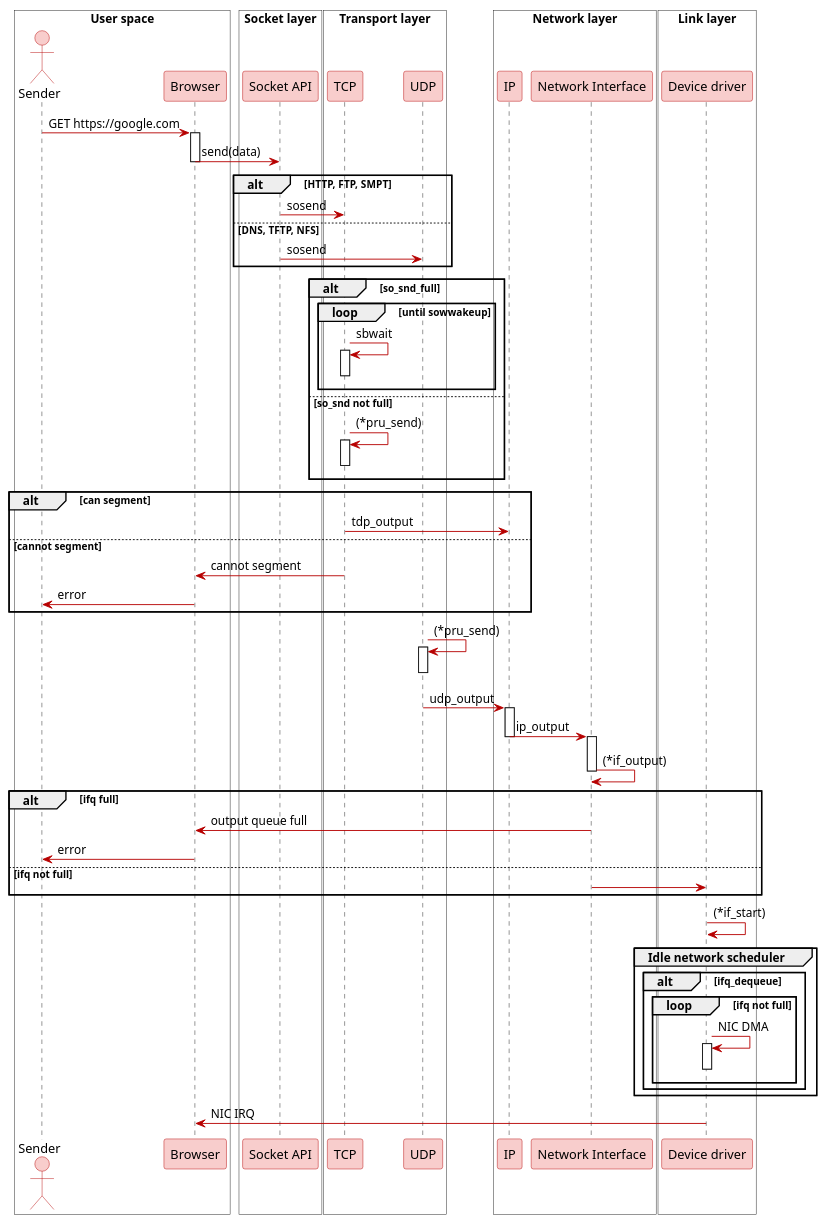
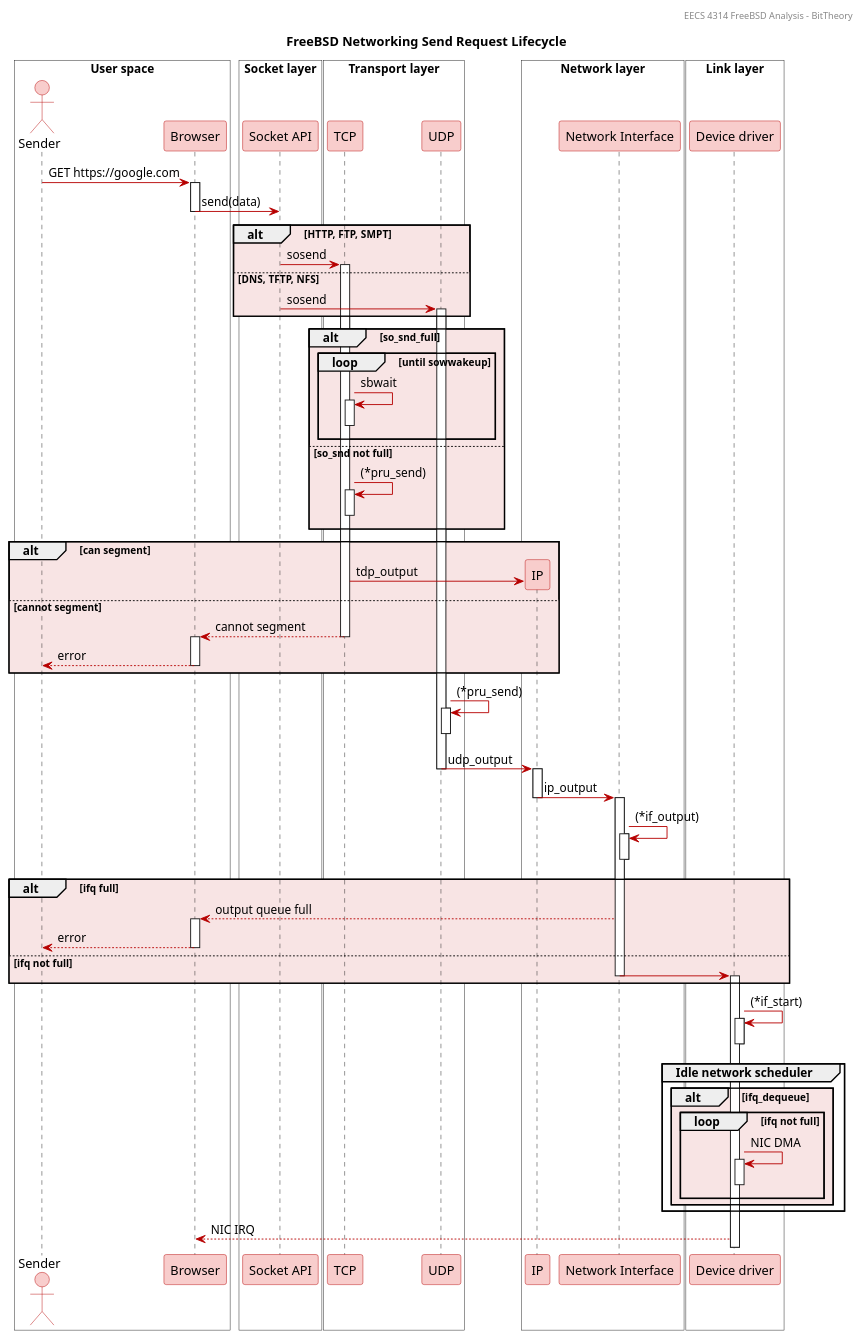
Before and after one commit to BitTheoryProject/eecs4314-reports: the diagram in a1/assets/sequence_diagrams/network-send-flow.pu, drawn with PlantUML. The commit also changed 1 other file, not shown here.

Commit message:
Added network flow diagram and explination

```diff
--- a/a1/assets/sequence_diagrams/network-send-flow.pu
+++ b/a1/assets/sequence_diagrams/network-send-flow.pu
@@ -1,108 +1,123 @@
 @startuml
+title FreeBSD Networking Send Request Lifecycle 
+header EECS 4314 FreeBSD Analysis - BitTheory
+
 skinparam {
-ArrowColor #B70000
+	ArrowColor #B70000
 
-ActorBackgroundColor #F8CDCC
-ActorBorderColor #B70000
+	ActorBackgroundColor #F8CDCC
+	ActorBorderColor #B70000
 
-NoteBackgroundColor #F8CDCC
-NoteBorderColor #B70000
+	NoteBackgroundColor #F8CDCC
+	NoteBorderColor #B70000
 
-ParticipantBackgroundColor #F8CDCC
-ParticipantBorderColor #B70000
+	ParticipantBackgroundColor #F8CDCC
+	ParticipantBorderColor #B70000
 
-NoteBackgroundColor #F8CDCC
-NoteBorderColor #B70000
+	NoteBackgroundColor #F8CDCC
+	NoteBorderColor #B70000
 
-DatabaseBackgroundColor #F8CDCC
-DatabaseBorderColor #B70000
-
+	DatabaseBackgroundColor #F8CDCC
+	DatabaseBorderColor #B70000
 }
 
 box "User space" #ffffff
 Actor Sender as s
 participant "Browser" as br
 
 box "Socket layer" #ffffff
 participant "Socket API" as sas
 end box
 end box
 
 box "Transport layer" #ffffff
 participant TCP
 participant UDP
 end box
 
 box "Network layer" #ffffff
 participant IP
 participant "Network Interface" as ni
 end box
 
 box "Link layer" #ffffff
 participant "Device driver" as dd
 end box
 
-
 s -> br : GET https://google.com
 activate br
 br -> sas : send(data)
 deactivate br
 
-alt HTTP, FTP, SMPT
+alt #F8E4E4 HTTP, FTP, SMPT
   sas -> TCP : sosend
+  activate TCP
 else DNS, TFTP, NFS
   sas -> UDP : sosend
+  activate UDP
 end
 
-alt so_snd_full
-  loop until sowwakeup
+alt #F8E4E4 so_snd_full
+  loop #F8E4E4 until sowwakeup
     TCP -> TCP : sbwait   
     activate TCP
     deactivate TCP
   end 
 else so_snd not full
   TCP -> TCP : (*pru_send)
   activate TCP
   deactivate TCP
 end
 
-alt can segment
-  TCP -> IP : tdp_output
+alt #F8E4E4 can segment
+  TCP -> IP **: tdp_output
 else cannot segment
-  TCP -> br : cannot segment
-  br -> s : error
+  TCP --> br : cannot segment
+  deactivate TCP
+  activate br
+  br --> s : error
+  deactivate br
 end
 
 UDP -> UDP : (*pru_send)
 activate UDP
 deactivate UDP
 UDP -> IP : udp_output
+deactivate UDP
 activate IP
 
 IP -> ni : ip_output
 deactivate IP
 activate ni
 
 ni -> ni : (*if_output)
+activate ni
 deactivate ni
 
-alt ifq full
-  ni -> br : output queue full
-  br -> s : error
+alt #F8E4E4 ifq full
+  ni --> br : output queue full
+  activate br
+  br --> s : error
+  deactivate br
 else ifq not full
   ni -> dd
+  deactivate IP
+  deactivate ni
+  activate dd
 end
 
 dd -> dd : (*if_start)
+activate dd
+deactivate dd
 
 group Idle network scheduler
-  alt ifq_dequeue
-    loop ifq not full
+  alt #F8E4E4 ifq_dequeue
+    loop #F8E4E4 ifq not full
       dd -> dd : NIC DMA
       activate dd
       deactivate dd
     end
   end 
 end
-dd -> br : NIC IRQ
+dd --> br : NIC IRQ
 @enduml
```
